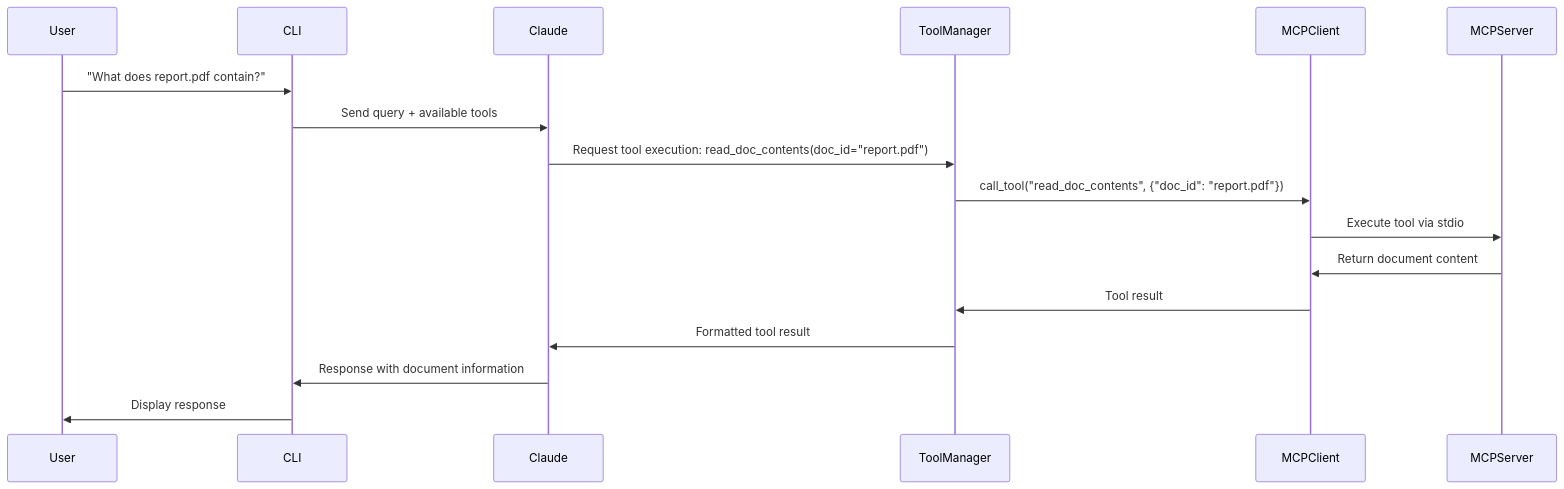
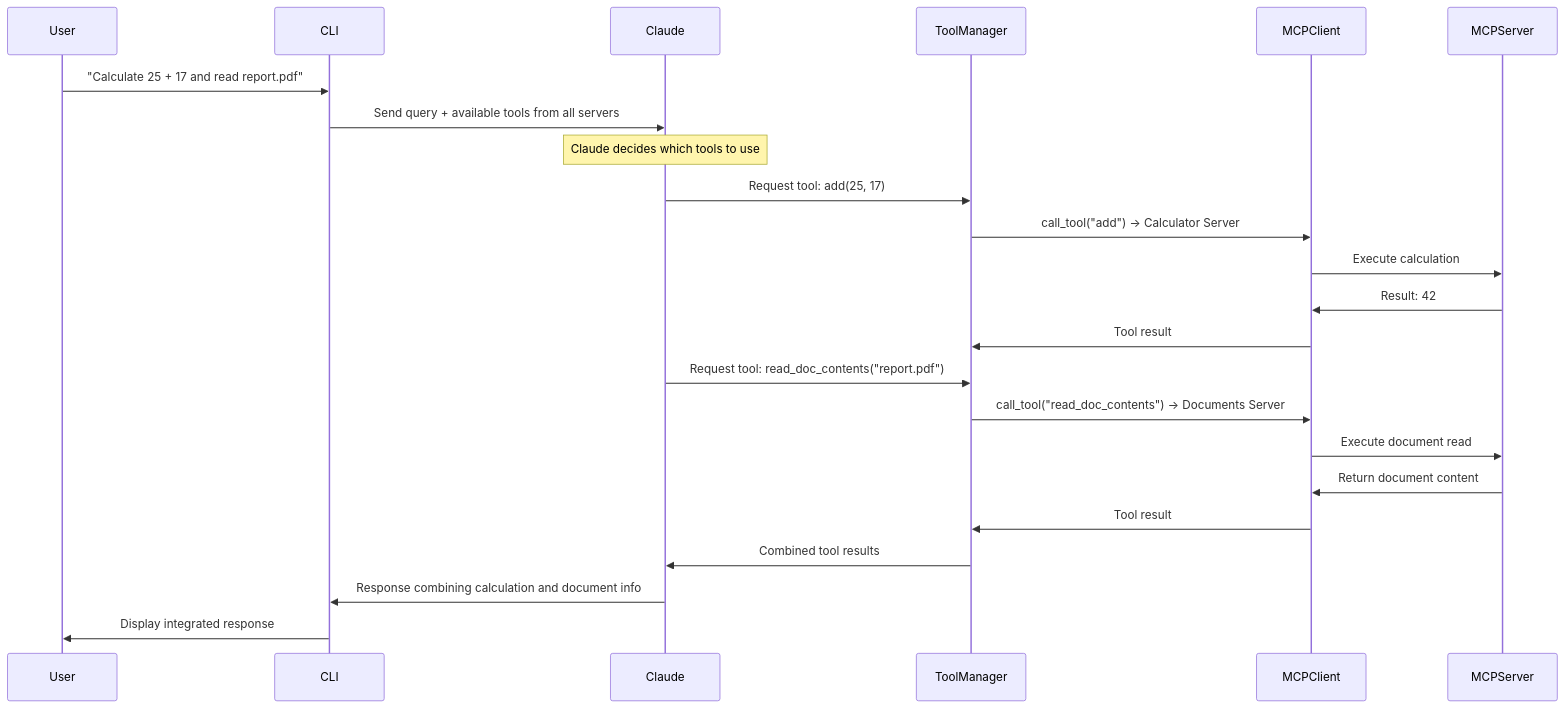
One commit to samkeen/mcp_multi_client_server_demo changed the second of 2 diagrams in README.md. Above: the diagram before and after it, drawn with Mermaid. The commit also changed other lines of this file and 17 other files, not shown here.

````diff
--- a/README.md
+++ b/README.md
@@ -196,20 +177,26 @@
 ```mermaid
 sequenceDiagram
     participant User
     participant CLI
     participant Claude
     participant ToolManager
     participant MCPClient
     participant MCPServer
 
-    User->>CLI: "What does report.pdf contain?"
-    CLI->>Claude: Send query + available tools
-    Claude->>ToolManager: Request tool execution: read_doc_contents(doc_id="report.pdf")
-    ToolManager->>MCPClient: call_tool("read_doc_contents", {"doc_id": "report.pdf"})
-    MCPClient->>MCPServer: Execute tool via stdio
+    User->>CLI: "Calculate 25 + 17 and read report.pdf"
+    CLI->>Claude: Send query + available tools from all servers
+    Note over Claude: Claude decides which tools to use
+    Claude->>ToolManager: Request tool: add(25, 17)
+    ToolManager->>MCPClient: call_tool("add") → Calculator Server
+    MCPClient->>MCPServer: Execute calculation
+    MCPServer->>MCPClient: Result: 42
+    MCPClient->>ToolManager: Tool result
+    Claude->>ToolManager: Request tool: read_doc_contents("report.pdf")
+    ToolManager->>MCPClient: call_tool("read_doc_contents") → Documents Server
+    MCPClient->>MCPServer: Execute document read
     MCPServer->>MCPClient: Return document content
     MCPClient->>ToolManager: Tool result
-    ToolManager->>Claude: Formatted tool result
-    Claude->>CLI: Response with document information
-    CLI->>User: Display response
+    ToolManager->>Claude: Combined tool results
+    Claude->>CLI: Response combining calculation and document info
+    CLI->>User: Display integrated response
 ```
````
